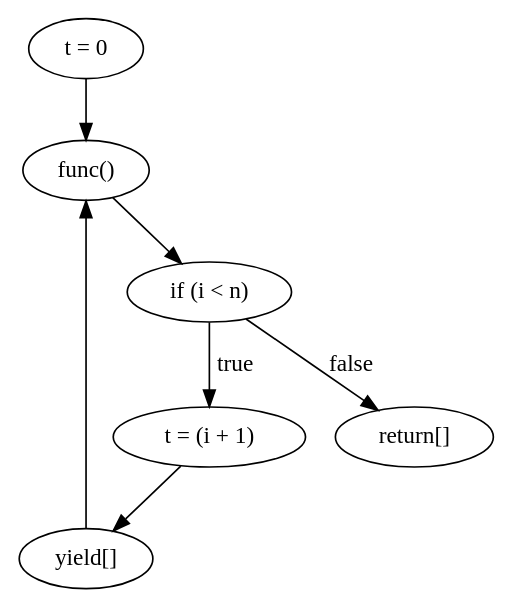
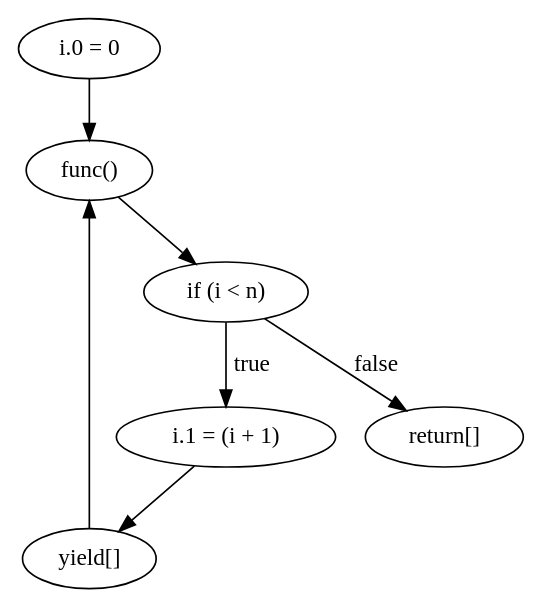
Before and after one commit to WorldofKerry/ToHDL: the diagram in crates/passes/make_ssa.dot, drawn with Graphviz. The commit also changed 6 other files, not shown here.

```diff
--- a/crates/passes/make_ssa.dot
+++ b/crates/passes/make_ssa.dot
@@ -1,14 +1,14 @@
 digraph {
-    0 [ label = "t = 0" ]
+    0 [ label = "i.0 = 0" ]
     1 [ label = "if (i < n)" ]
-    2 [ label = "t = (i + 1)" ]
+    2 [ label = "i.1 = (i + 1)" ]
     3 [ label = "yield[]" ]
     4 [ label = "return[]" ]
     5 [ label = "func()" ]
     3 -> 5 [ label = "" ]
     1 -> 2 [ label = "true" ]
     2 -> 3 [ label = "" ]
     5 -> 1 [ label = "" ]
     1 -> 4 [ label = "false" ]
     0 -> 5 [ label = "" ]
 }
```
